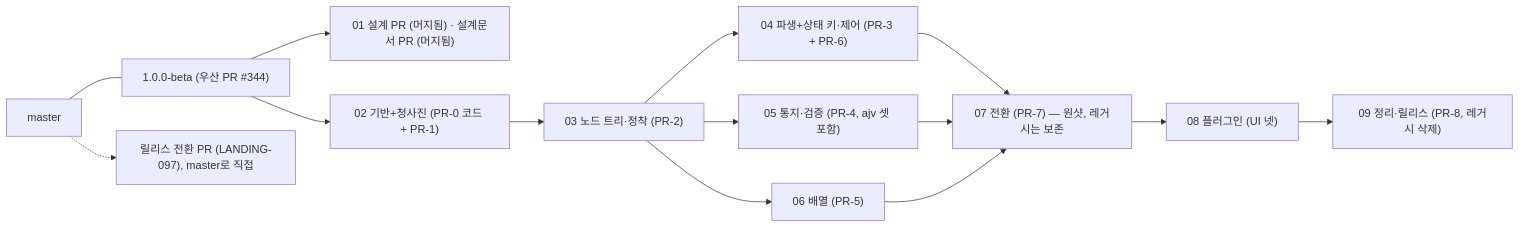
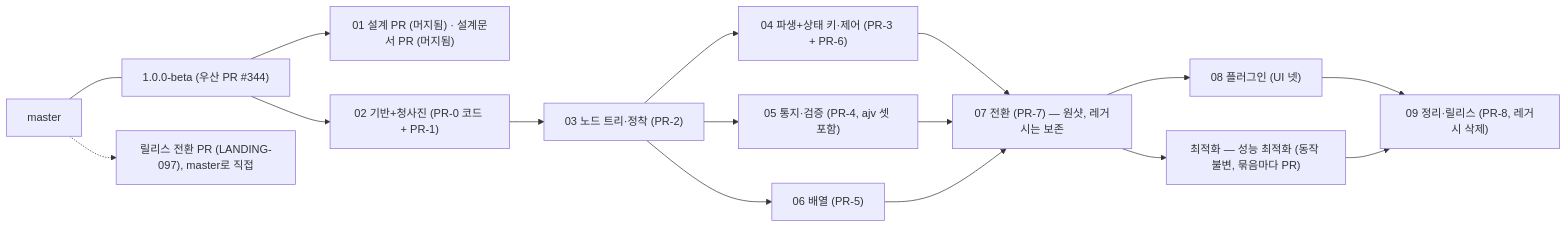
The diagram in packages/canard/schema-form/architecture/plan/README.md (vincent-kk/albatrion), drawn with Mermaid before and after one commit. The commit also changed other lines of this file and 6 other files, not shown here.

First line of the commit message:
docs(schema-form): plan the post-implementation performance optimization stage

````diff
--- a/packages/canard/schema-form/architecture/plan/README.md
+++ b/packages/canard/schema-form/architecture/plan/README.md
@@ -21,16 +21,18 @@
 ```mermaid
 flowchart LR
   M[master] --- U["1.0.0-beta (우산 PR #344)"]
   U --> D["01 설계 PR (머지됨) · 설계문서 PR (머지됨)"]
   U --> A["02 기반+청사진 (PR-0 코드 + PR-1)"]
   A --> C["03 노드 트리·정착 (PR-2)"]
   C --> E["04 파생+상태 키·제어 (PR-3 + PR-6)"]
   C --> F["05 통지·검증 (PR-4, ajv 셋 포함)"]
   C --> G["06 배열 (PR-5)"]
   E --> S["07 전환 (PR-7) — 원샷, 레거시는 보존"]
   F --> S
   G --> S
   S --> P["08 플러그인 (UI 넷)"]
+  S --> O["최적화 — 성능 최적화 (동작 불변, 묶음마다 PR)"]
   P --> R["09 정리·릴리스 (PR-8, 레거시 삭제)"]
+  O --> R
   M -.-> T["릴리스 전환 PR (LANDING-097), master로 직접"]
 ```
````
